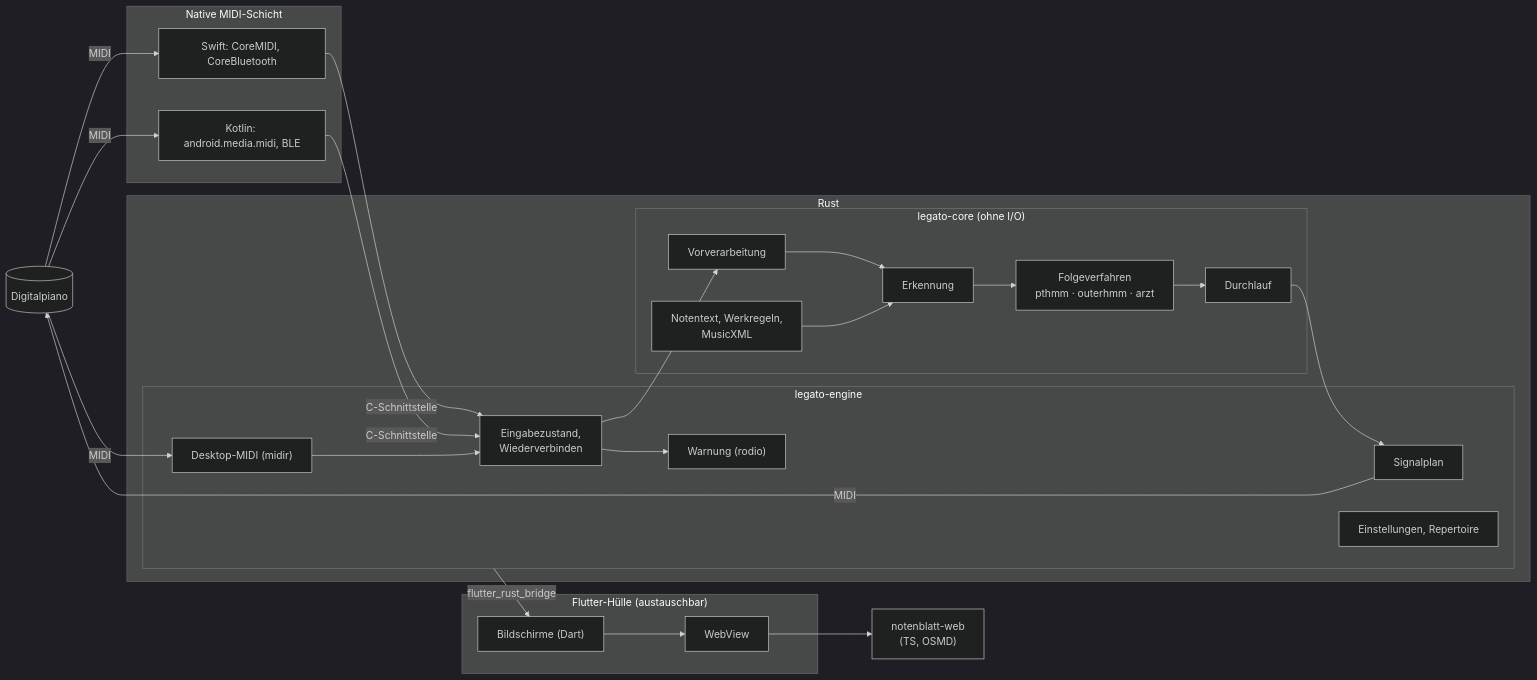
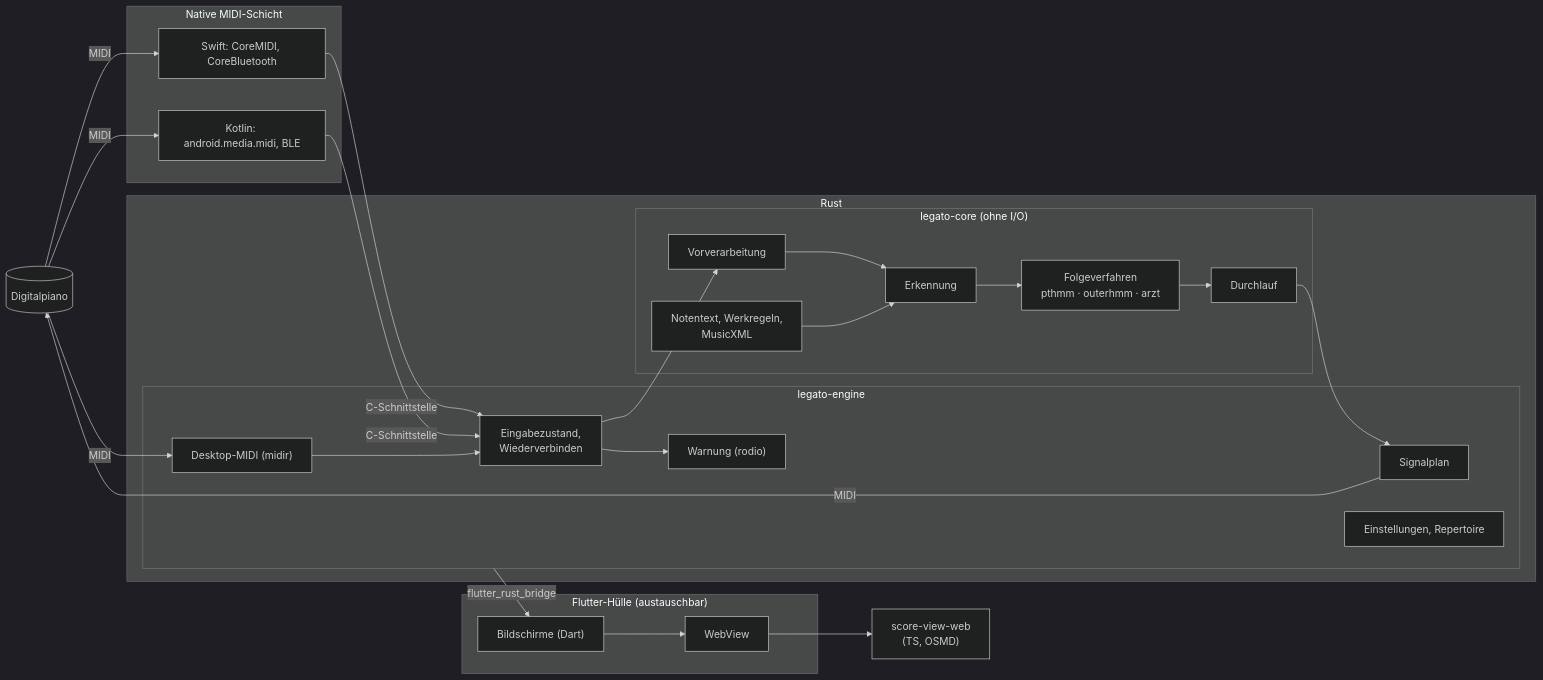
One commit to Meisterschueler/legato changed the diagram in specs/001-legato-mvp/plan.md. Above: the diagram before and after it, drawn with Mermaid (dark theme). The commit also changed other lines of this file and 10 other files, not shown here.

````diff
--- a/specs/001-legato-mvp/plan.md
+++ b/specs/001-legato-mvp/plan.md
@@ -55,37 +56,37 @@
 ```mermaid
 flowchart LR
     Piano[(Digitalpiano)]
     subgraph Nativ["Native MIDI-Schicht"]
         Swift["Swift: CoreMIDI, CoreBluetooth"]
         Kotlin["Kotlin: android.media.midi, BLE"]
     end
     subgraph Rust["Rust"]
         subgraph Engine["legato-engine"]
             Desk["Desktop-MIDI (midir)"]
             Verb["Eingabezustand,<br/>Wiederverbinden"]
             Sig["Signalplan"]
             Warn["Warnung (rodio)"]
             Pers["Einstellungen, Repertoire"]
         end
         subgraph Kern["legato-core (ohne I/O)"]
             Vor["Vorverarbeitung"]
             Erk["Erkennung"]
             Folge["Folgeverfahren<br/>pthmm · outerhmm · arzt"]
             Dl["Durchlauf"]
             Noten["Notentext, Werkregeln,<br/>MusicXML"]
         end
     end
     subgraph Huelle["Flutter-Hülle (austauschbar)"]
         UI["Bildschirme (Dart)"]
         WV["WebView"]
     end
-    Web["notenblatt-web<br/>(TS, OSMD)"]
+    Web["score-view-web<br/>(TS, OSMD)"]
     Piano -- MIDI --> Swift & Kotlin -- "C-Schnittstelle" --> Verb
     Piano -- MIDI --> Desk --> Verb
     Verb --> Vor --> Erk --> Folge --> Dl
     Dl --> Sig -- MIDI --> Piano
     Verb --> Warn
     Noten --> Erk
     Engine -- "flutter_rust_bridge" --> UI
     UI --> WV --> Web
 ```
````
